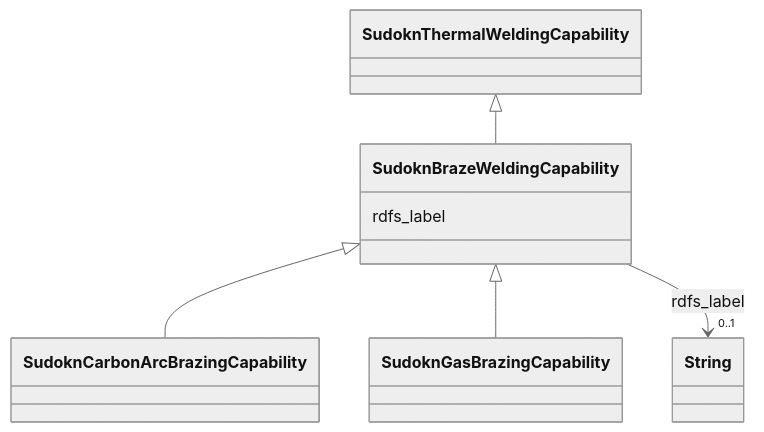
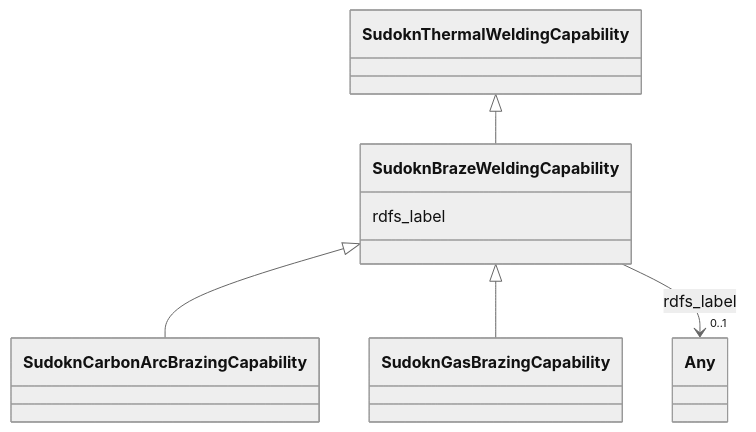
Before and after one commit to frink-okn/graph-descriptions: the diagram in sudokn-kg/classes/SudoknBrazeWeldingCapability.md, drawn with Mermaid (neutral theme). The commit also changed other lines of this file and 903 other files, not shown here.

````diff
--- a/sudokn-kg/classes/SudoknBrazeWeldingCapability.md
+++ b/sudokn-kg/classes/SudoknBrazeWeldingCapability.md
@@ -23,25 +16,25 @@
 ```mermaid
  classDiagram
     class SudoknBrazeWeldingCapability
     click SudoknBrazeWeldingCapability href "../SudoknBrazeWeldingCapability"
       SudoknThermalWeldingCapability <|-- SudoknBrazeWeldingCapability
         click SudoknThermalWeldingCapability href "../SudoknThermalWeldingCapability"
       
 
       SudoknBrazeWeldingCapability <|-- SudoknCarbonArcBrazingCapability
         click SudoknCarbonArcBrazingCapability href "../SudoknCarbonArcBrazingCapability"
       SudoknBrazeWeldingCapability <|-- SudoknGasBrazingCapability
         click SudoknGasBrazingCapability href "../SudoknGasBrazingCapability"
       
       
       SudoknBrazeWeldingCapability : rdfs_label
         
           
     
     
-    SudoknBrazeWeldingCapability --> "0..1" String : rdfs_label
-    click String href "../String"
+    SudoknBrazeWeldingCapability --> "0..1" Any : rdfs_label
+    click Any href "../Any"
 
         
       
 ```
````
